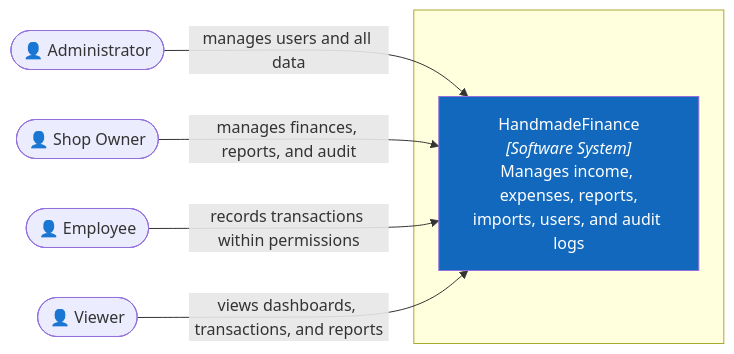
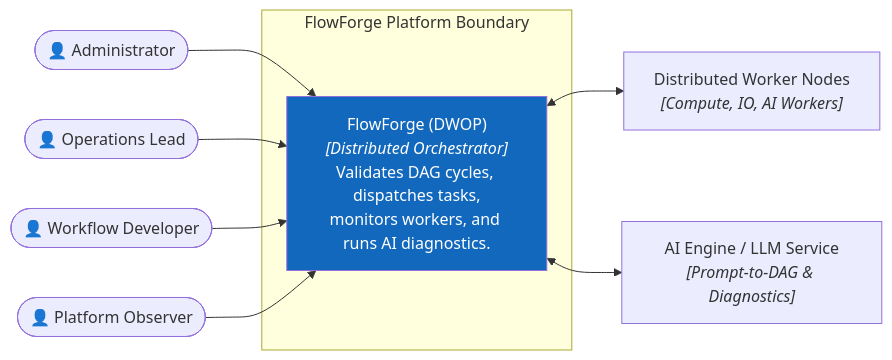
Before and after one commit to AnCoder1310/FlowForge: the diagram in docs/architecture/arc42/03-context-and-scope.md, drawn with Mermaid. The commit also changed other lines of this file and 25 other files, not shown here.

Commit message:
feat: complete FlowForge DWOP OpenAPI 3.1, Arc42 architecture, and Developer Console branding

````diff
--- a/docs/architecture/arc42/03-context-and-scope.md
+++ b/docs/architecture/arc42/03-context-and-scope.md
@@ -5,18 +5,24 @@
 ```mermaid
 flowchart LR
     admin(["👤 Administrator"])
-    owner(["👤 Shop Owner"])
-    employee(["👤 Employee"])
-    viewer(["👤 Viewer"])
+    operator(["👤 Operations Lead"])
+    dev(["👤 Workflow Developer"])
+    viewer(["👤 Platform Observer"])
 
-    subgraph boundary[" "]
-        finance["HandmadeFinance<br/><i>[Software System]</i><br/>Manages income, expenses, reports,<br/>imports, users, and audit logs"]
+    subgraph boundary["FlowForge Platform Boundary"]
+        dwop["FlowForge (DWOP)<br/><i>[Distributed Orchestrator]</i><br/>Validates DAG cycles, dispatches tasks,<br/>monitors workers, and runs AI diagnostics."]
     end
 
-    admin -- "manages users and all data" --> finance
-    owner -- "manages finances, reports, and audit" --> finance
-    employee -- "records transactions within permissions" --> finance
-    viewer -- "views dashboards, transactions, and reports" --> finance
+    workers["Distributed Worker Nodes<br/><i>[Compute, IO, AI Workers]</i>"]
+    llm["AI Engine / LLM Service<br/><i>[Prompt-to-DAG & Diagnostics]</i>"]
 
-    style finance fill:#1168bd,color:#fff
+    admin --> dwop
+    operator --> dwop
+    dev --> dwop
+    viewer --> dwop
+
+    dwop <--> workers
+    dwop <--> llm
+
+    style dwop fill:#1168bd,color:#fff
 ```
````
